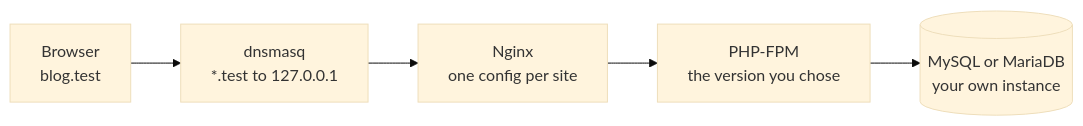
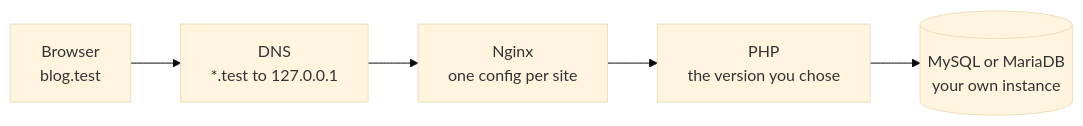
The diagram in README.md (pahrulirfan/PHP-DevTools), drawn with Mermaid (base theme) before and after one commit. The commit also changed other lines of this file and 2 other files, not shown here.

````diff
--- a/README.md
+++ b/README.md
@@ -137,7 +164,7 @@
 ```mermaid
 flowchart LR
-    B[Browser<br/>blog.test] --> D[dnsmasq<br/>*.test to 127.0.0.1]
+    B[Browser<br/>blog.test] --> D[DNS<br/>*.test to 127.0.0.1]
     D --> N[Nginx<br/>one config per site]
-    N --> P[PHP-FPM<br/>the version you chose]
+    N --> P[PHP<br/>the version you chose]
     P --> M[(MySQL or MariaDB<br/>your own instance)]
 ```
````
